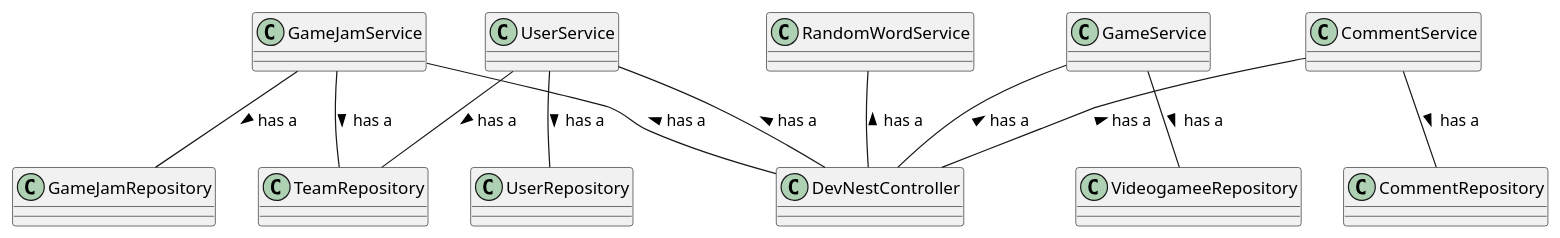
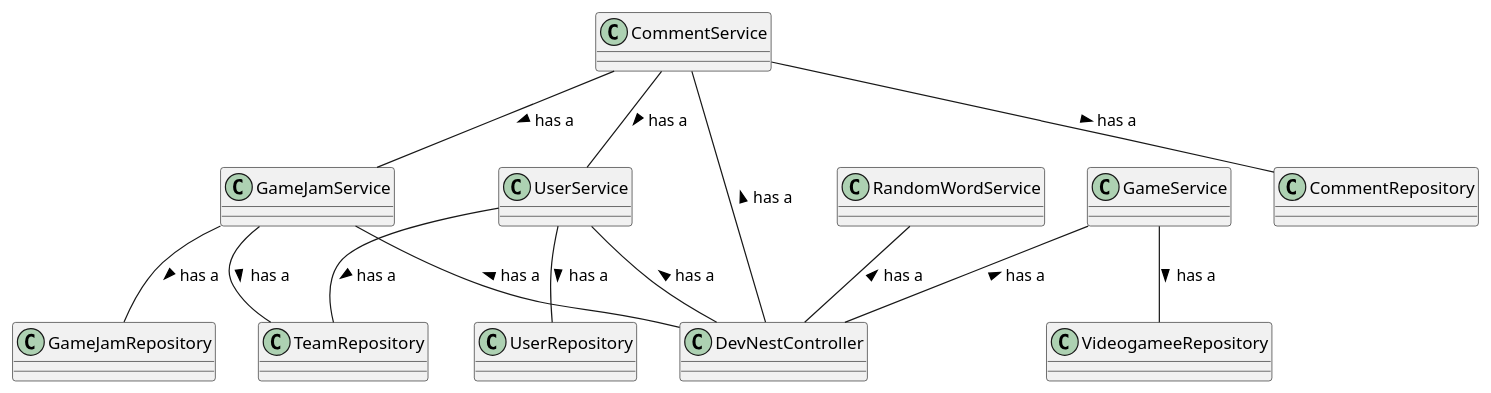
Before and after one commit to darkops96/devNest: the diagram in devNest/src/main/resources/static/PlantUML_Files/devNestUML.plantuml, drawn with PlantUML. The commit also changed 1 other file, not shown here.

```diff
--- a/devNest/src/main/resources/static/PlantUML_Files/devNestUML.plantuml
+++ b/devNest/src/main/resources/static/PlantUML_Files/devNestUML.plantuml
@@ -1,18 +1,20 @@
 @startuml devNest
 
 GameJamService -- GameJamRepository : > has a
 GameJamService -- TeamRepository : > has a
 GameJamService -- DevNestController : < has a
 
 GameService -- VideogameeRepository : > has a
 GameService -- DevNestController : < has a
 
 RandomWordService -- DevNestController : < has a
 
 UserService -- UserRepository : > has a
 UserService -- TeamRepository : > has a
 UserService -- DevNestController : < has a
 
 CommentService -- CommentRepository : > has a
+CommentService -- UserService : > has a
+CommentService -- GameJamService : > has a
 CommentService -- DevNestController : < has a
 @enduml
```
